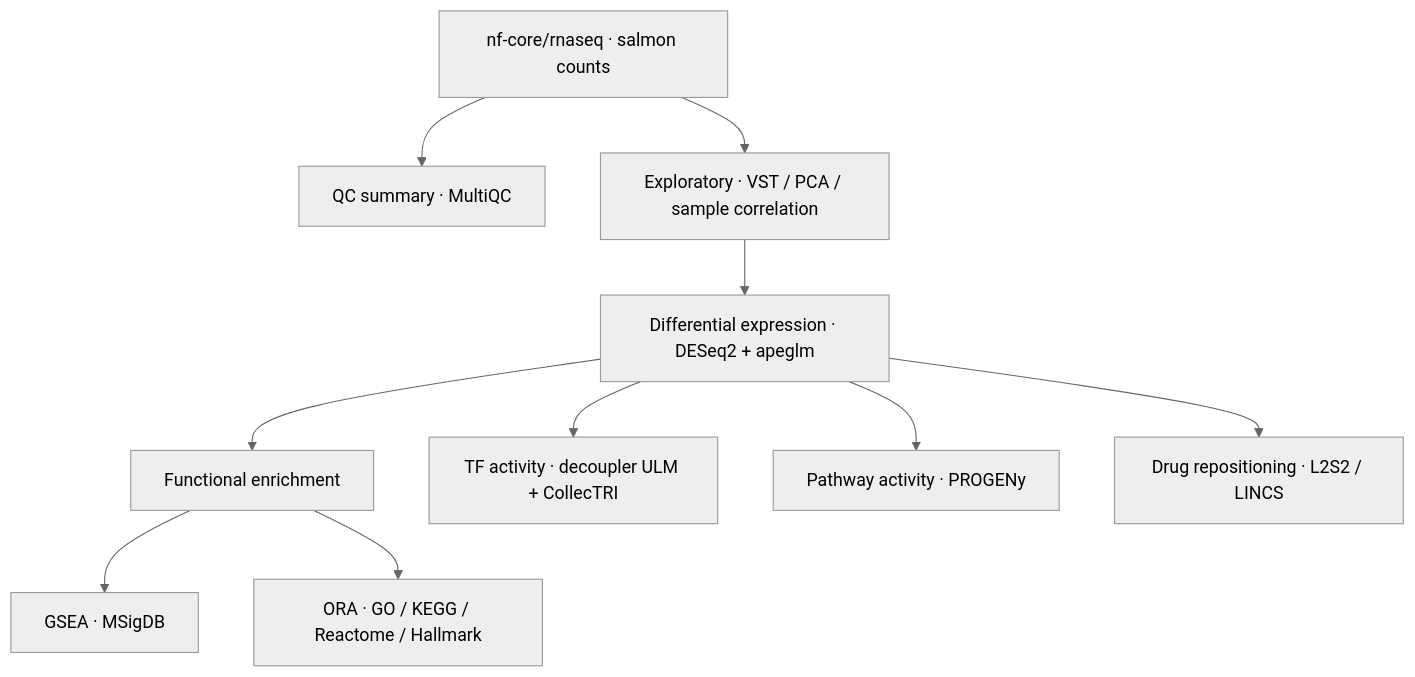
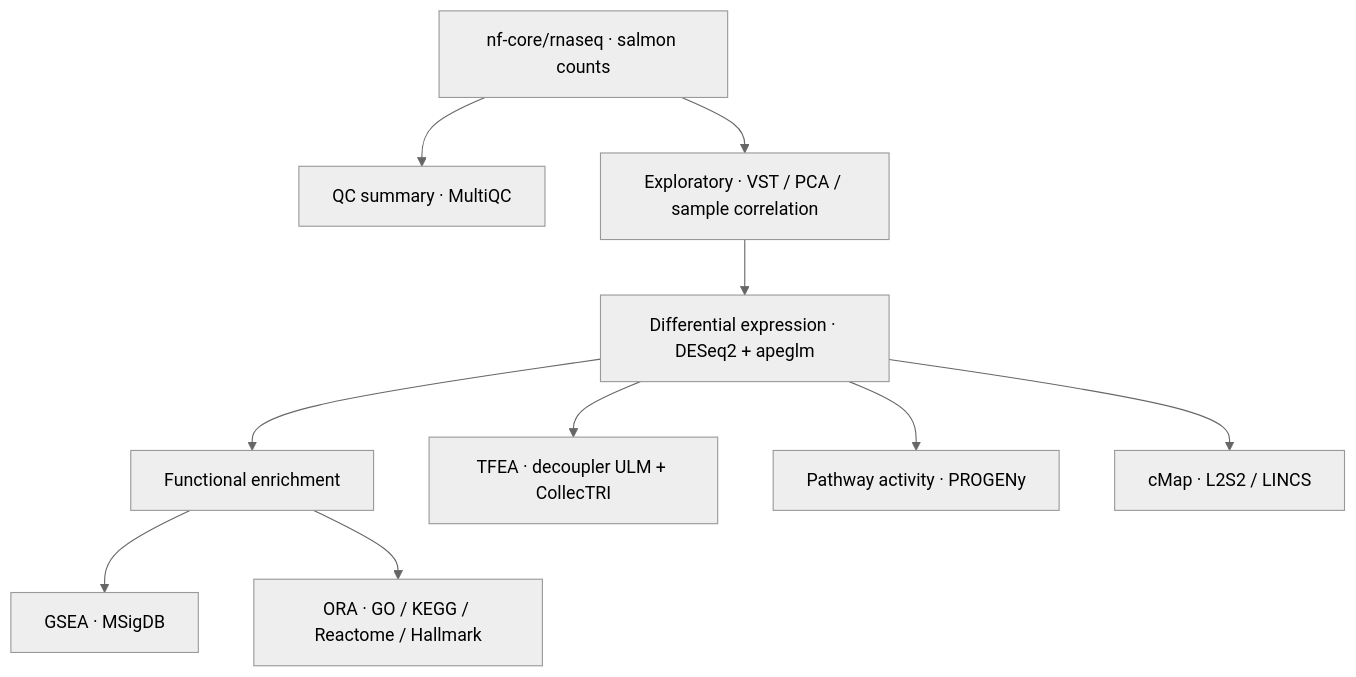
One commit to artblakey19/rnaseq-report-MMB changed the diagram in report/template.qmd. Above: the diagram before and after it, drawn with Mermaid (neutral theme). The commit also changed other lines of this file and 6 other files, not shown here.

First line of the commit message:
docs(notebook,report): mirror Korean notebook simplifications to English, rename TF activity→TFEA and Drug repositioning→cMap in display text

````diff
--- a/report/template.qmd
+++ b/report/template.qmd
@@ -210,12 +210,12 @@
 ```{mermaid}
 flowchart TD
     A[nf-core/rnaseq · salmon counts] --> B[QC summary · MultiQC]
     A --> C[Exploratory · VST / PCA / sample correlation]
     C --> D[Differential expression · DESeq2 + apeglm]
     D --> E[Functional enrichment]
     E --> E1[GSEA · MSigDB]
     E --> E2[ORA · GO / KEGG / Reactome / Hallmark]
-    D --> F[TF activity · decoupler ULM + CollecTRI]
+    D --> F[TFEA · decoupler ULM + CollecTRI]
     D --> G[Pathway activity · PROGENy]
-    D --> H[Drug repositioning · L2S2 / LINCS]
+    D --> H[cMap · L2S2 / LINCS]
 ```
````
